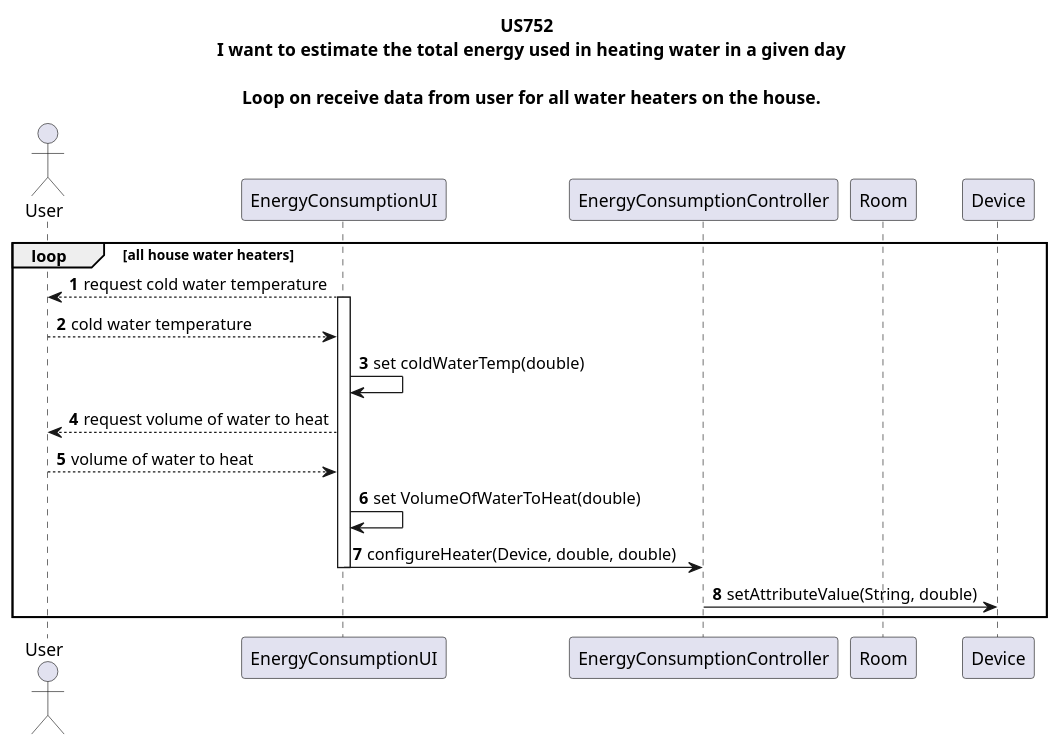
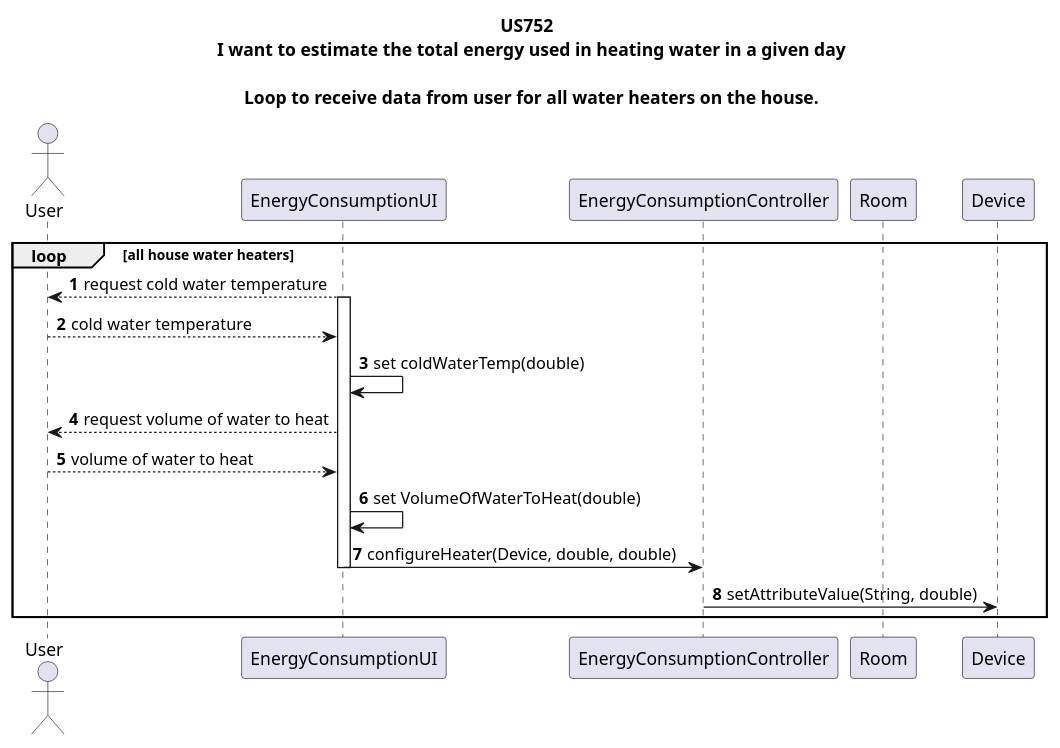
Before and after one commit to Almadanmp/project: the diagram in uml/US752First/US752loop.puml, drawn with PlantUML. The commit also changed 10 other files, not shown here.

Commit message:
REF #66 changes on method names and updates UML

```diff
--- a/uml/US752First/US752loop.puml
+++ b/uml/US752First/US752loop.puml
@@ -1,24 +1,24 @@
 @startuml
 
-title US752 \n  I want to estimate the total energy used in heating water in a given day \n \n Loop on receive data from user for all water heaters on the house.
+title US752 \n  I want to estimate the total energy used in heating water in a given day \n \n Loop to receive data from user for all water heaters on the house.
 
 
 autonumber
 
 
 actor User
 
 loop all house water heaters
     EnergyConsumptionUI --> User: request cold water temperature
         activate EnergyConsumptionUI
     User --> EnergyConsumptionUI: cold water temperature
     EnergyConsumptionUI -> EnergyConsumptionUI: set coldWaterTemp(double)
     EnergyConsumptionUI --> User: request volume of water to heat
     User --> EnergyConsumptionUI: volume of water to heat
     EnergyConsumptionUI -> EnergyConsumptionUI: set VolumeOfWaterToHeat(double)
     EnergyConsumptionUI -> EnergyConsumptionController: configureHeater(Device, double, double)
     participant Room
         deactivate EnergyConsumptionUI
     EnergyConsumptionController -> Device: setAttributeValue(String, double)
 end
 @enduml
```
